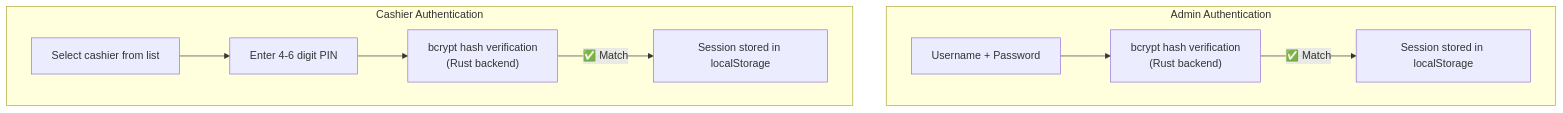
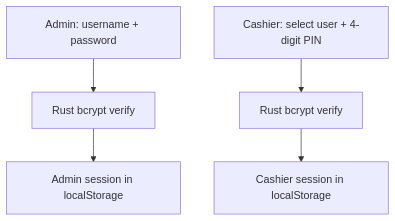
The first of 2 diagrams in docs/09-security.md (BootlegYouki/at-iba-pa-pos), drawn with Mermaid before and after one commit. The commit also changed other lines of this file and 10 other files, not shown here.

First line of the commit message:
Refactor user guide and database schema documentation; enhance export reports feature

````diff
--- a/docs/09-security.md
+++ b/docs/09-security.md
@@ -11,22 +18,7 @@
 ```mermaid
 flowchart TD
-    subgraph AdminAuth["Admin Authentication"]
-        AdminLogin["Username + Password"]
-        AdminHash["bcrypt hash verification<br/>(Rust backend)"]
-        AdminSession["Session stored in localStorage"]
-    end
-
-    subgraph CashierAuth["Cashier Authentication"]
-        UserSelect["Select cashier from list"]
-        PINEntry["Enter 4-6 digit PIN"]
-        PINHash["bcrypt hash verification<br/>(Rust backend)"]
-        CashierSession["Session stored in localStorage"]
-    end
-
-    AdminLogin --> AdminHash
-    AdminHash -->|"✅ Match"| AdminSession
-    
-    UserSelect --> PINEntry
-    PINEntry --> PINHash
-    PINHash -->|"✅ Match"| CashierSession
+    AdminLogin["Admin: username + password"] --> AdminVerify["Rust bcrypt verify"]
+    CashierLogin["Cashier: select user + 4-digit PIN"] --> CashierVerify["Rust bcrypt verify"]
+    AdminVerify --> AdminSession["Admin session in localStorage"]
+    CashierVerify --> CashierSession["Cashier session in localStorage"]
 ```
````
